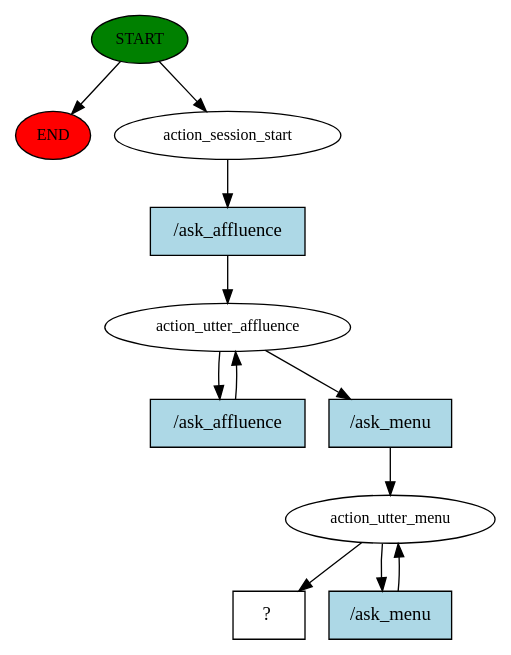
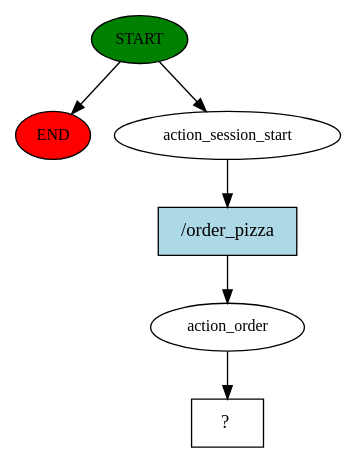
Before and after one commit to francesco-vaccari/HMD-Project: the diagram in rasa project/story_graph.dot, drawn with Graphviz. The commit also changed 20 other files, not shown here.

```diff
--- a/rasa project/story_graph.dot
+++ b/rasa project/story_graph.dot
@@ -1,23 +1,13 @@
 digraph  {
 0 [class="start active", fillcolor=green, fontsize=12, label=START, style=filled];
 "-1" [class=end, fillcolor=red, fontsize=12, label=END, style=filled];
 1 [class=active, fontsize=12, label=action_session_start];
-2 [class=active, fontsize=12, label=action_utter_affluence];
-5 [class=active, fontsize=12, label=action_utter_menu];
-9 [class="intent dashed active", label="  ?  ", shape=rect];
-10 [class="intent active", fillcolor=lightblue, label="/ask_affluence", shape=rect, style=filled];
-11 [class="intent active", fillcolor=lightblue, label="/ask_affluence", shape=rect, style=filled];
-12 [class="intent active", fillcolor=lightblue, label="/ask_menu", shape=rect, style=filled];
-13 [class="intent active", fillcolor=lightblue, label="/ask_menu", shape=rect, style=filled];
+2 [class=active, fontsize=12, label=action_order];
+3 [class="intent dashed active", label="  ?  ", shape=rect];
+4 [class="intent active", fillcolor=lightblue, label="/order_pizza", shape=rect, style=filled];
 0 -> "-1"  [class="", key=NONE, label=""];
 0 -> 1  [class=active, key=NONE, label=""];
-1 -> 10  [class=active, key=0];
-2 -> 11  [class=active, key=0];
-2 -> 12  [class=active, key=0];
-5 -> 9  [class=active, key=NONE, label=""];
-5 -> 13  [class=active, key=0];
-10 -> 2  [class=active, key=0];
-11 -> 2  [class=active, key=0];
-12 -> 5  [class=active, key=0];
-13 -> 5  [class=active, key=0];
+1 -> 4  [class=active, key=0];
+2 -> 3  [class=active, key=NONE, label=""];
+4 -> 2  [class=active, key=0];
 }
```
